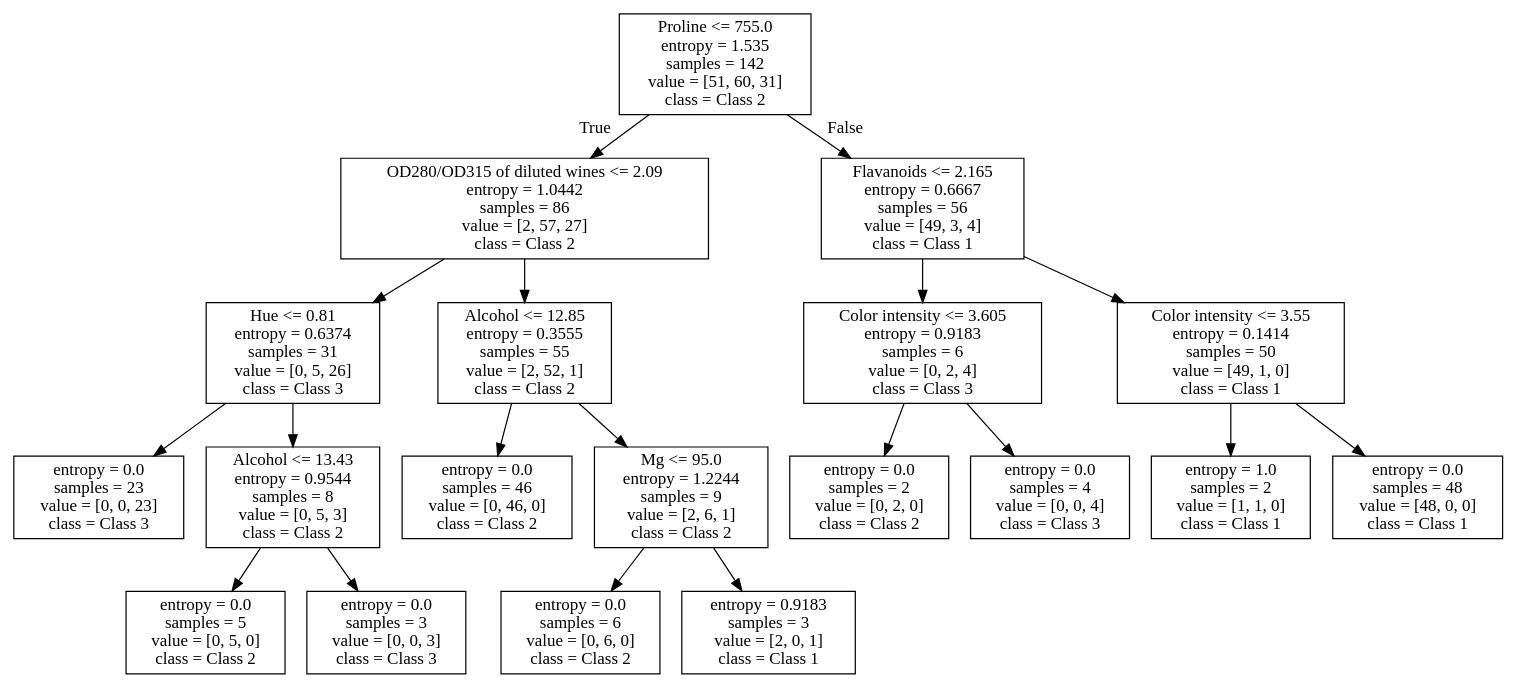
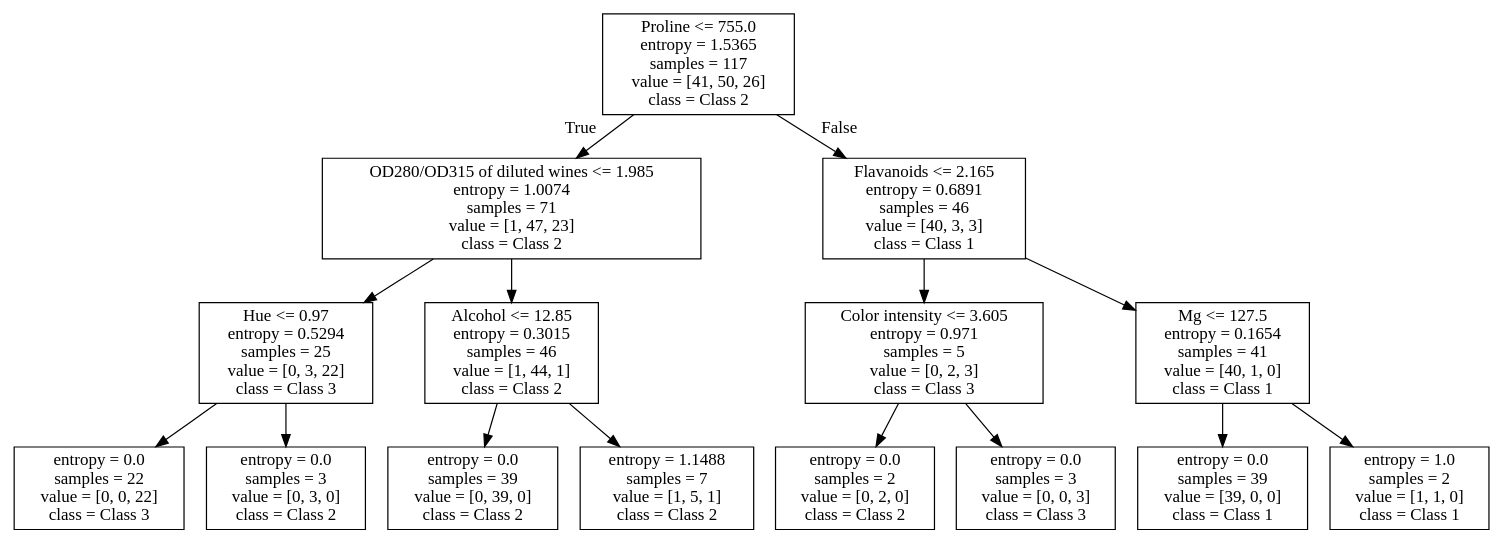
One commit to MattTriano/Advanced_Data_Mining changed the diagram in assns/wine_tree.dot. Above: the diagram before and after it, drawn with Graphviz. The commit also changed 3 other files, not shown here.

```diff
--- a/assns/wine_tree.dot
+++ b/assns/wine_tree.dot
@@ -1,40 +1,32 @@
 digraph Tree {
 node [shape=box] ;
-0 [label="Proline <= 755.0\nentropy = 1.535\nsamples = 142\nvalue = [51, 60, 31]\nclass = Class 2"] ;
-1 [label="OD280/OD315 of diluted wines <= 2.09\nentropy = 1.0442\nsamples = 86\nvalue = [2, 57, 27]\nclass = Class 2"] ;
+0 [label="Proline <= 755.0\nentropy = 1.5365\nsamples = 117\nvalue = [41, 50, 26]\nclass = Class 2"] ;
+1 [label="OD280/OD315 of diluted wines <= 1.985\nentropy = 1.0074\nsamples = 71\nvalue = [1, 47, 23]\nclass = Class 2"] ;
 0 -> 1 [labeldistance=2.5, labelangle=45, headlabel="True"] ;
-2 [label="Hue <= 0.81\nentropy = 0.6374\nsamples = 31\nvalue = [0, 5, 26]\nclass = Class 3"] ;
+2 [label="Hue <= 0.97\nentropy = 0.5294\nsamples = 25\nvalue = [0, 3, 22]\nclass = Class 3"] ;
 1 -> 2 ;
-3 [label="entropy = 0.0\nsamples = 23\nvalue = [0, 0, 23]\nclass = Class 3"] ;
+3 [label="entropy = 0.0\nsamples = 22\nvalue = [0, 0, 22]\nclass = Class 3"] ;
 2 -> 3 ;
-4 [label="Alcohol <= 13.43\nentropy = 0.9544\nsamples = 8\nvalue = [0, 5, 3]\nclass = Class 2"] ;
+4 [label="entropy = 0.0\nsamples = 3\nvalue = [0, 3, 0]\nclass = Class 2"] ;
 2 -> 4 ;
-5 [label="entropy = 0.0\nsamples = 5\nvalue = [0, 5, 0]\nclass = Class 2"] ;
-4 -> 5 ;
-6 [label="entropy = 0.0\nsamples = 3\nvalue = [0, 0, 3]\nclass = Class 3"] ;
-4 -> 6 ;
-7 [label="Alcohol <= 12.85\nentropy = 0.3555\nsamples = 55\nvalue = [2, 52, 1]\nclass = Class 2"] ;
-1 -> 7 ;
-8 [label="entropy = 0.0\nsamples = 46\nvalue = [0, 46, 0]\nclass = Class 2"] ;
-7 -> 8 ;
-9 [label="Mg <= 95.0\nentropy = 1.2244\nsamples = 9\nvalue = [2, 6, 1]\nclass = Class 2"] ;
-7 -> 9 ;
-10 [label="entropy = 0.0\nsamples = 6\nvalue = [0, 6, 0]\nclass = Class 2"] ;
+5 [label="Alcohol <= 12.85\nentropy = 0.3015\nsamples = 46\nvalue = [1, 44, 1]\nclass = Class 2"] ;
+1 -> 5 ;
+6 [label="entropy = 0.0\nsamples = 39\nvalue = [0, 39, 0]\nclass = Class 2"] ;
+5 -> 6 ;
+7 [label="entropy = 1.1488\nsamples = 7\nvalue = [1, 5, 1]\nclass = Class 2"] ;
+5 -> 7 ;
+8 [label="Flavanoids <= 2.165\nentropy = 0.6891\nsamples = 46\nvalue = [40, 3, 3]\nclass = Class 1"] ;
+0 -> 8 [labeldistance=2.5, labelangle=-45, headlabel="False"] ;
+9 [label="Color intensity <= 3.605\nentropy = 0.971\nsamples = 5\nvalue = [0, 2, 3]\nclass = Class 3"] ;
+8 -> 9 ;
+10 [label="entropy = 0.0\nsamples = 2\nvalue = [0, 2, 0]\nclass = Class 2"] ;
 9 -> 10 ;
-11 [label="entropy = 0.9183\nsamples = 3\nvalue = [2, 0, 1]\nclass = Class 1"] ;
+11 [label="entropy = 0.0\nsamples = 3\nvalue = [0, 0, 3]\nclass = Class 3"] ;
 9 -> 11 ;
-12 [label="Flavanoids <= 2.165\nentropy = 0.6667\nsamples = 56\nvalue = [49, 3, 4]\nclass = Class 1"] ;
-0 -> 12 [labeldistance=2.5, labelangle=-45, headlabel="False"] ;
-13 [label="Color intensity <= 3.605\nentropy = 0.9183\nsamples = 6\nvalue = [0, 2, 4]\nclass = Class 3"] ;
+12 [label="Mg <= 127.5\nentropy = 0.1654\nsamples = 41\nvalue = [40, 1, 0]\nclass = Class 1"] ;
+8 -> 12 ;
+13 [label="entropy = 0.0\nsamples = 39\nvalue = [39, 0, 0]\nclass = Class 1"] ;
 12 -> 13 ;
-14 [label="entropy = 0.0\nsamples = 2\nvalue = [0, 2, 0]\nclass = Class 2"] ;
-13 -> 14 ;
-15 [label="entropy = 0.0\nsamples = 4\nvalue = [0, 0, 4]\nclass = Class 3"] ;
-13 -> 15 ;
-16 [label="Color intensity <= 3.55\nentropy = 0.1414\nsamples = 50\nvalue = [49, 1, 0]\nclass = Class 1"] ;
-12 -> 16 ;
-17 [label="entropy = 1.0\nsamples = 2\nvalue = [1, 1, 0]\nclass = Class 1"] ;
-16 -> 17 ;
-18 [label="entropy = 0.0\nsamples = 48\nvalue = [48, 0, 0]\nclass = Class 1"] ;
-16 -> 18 ;
+14 [label="entropy = 1.0\nsamples = 2\nvalue = [1, 1, 0]\nclass = Class 1"] ;
+12 -> 14 ;
 }
```
